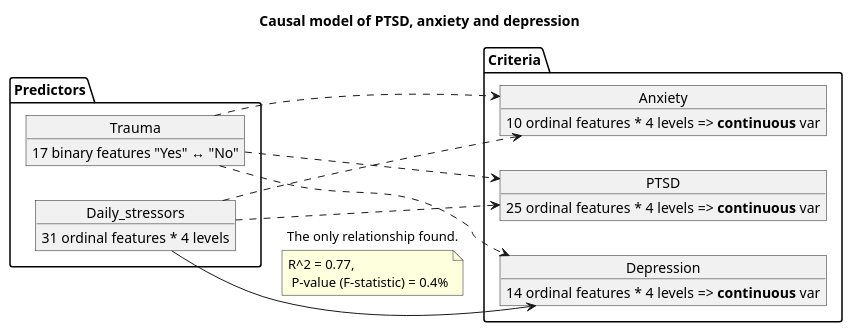
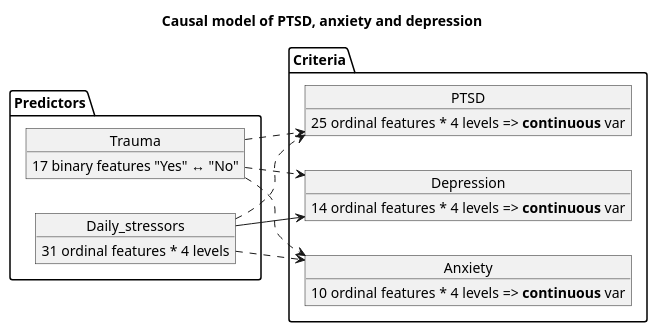
One commit to DimitriBolt/PTSD changed the diagram in Dependencies.puml. Above: the diagram before and after it, drawn with PlantUML. The commit also changed 8 other files, not shown here.

```diff
--- a/Dependencies.puml
+++ b/Dependencies.puml
@@ -1,39 +1,39 @@
 @startuml
 
 title "Causal model of PTSD, anxiety and depression"
 left to right direction
 package "Predictors" {
 
     object Trauma
     Trauma : 17 binary features "Yes" ↔ "No"
 
     object Daily_stressors
     Daily_stressors : 31 ordinal features * 4 levels
 
     }
 
 package "Criteria" {
   object Anxiety
   Anxiety : 10 ordinal features * 4 levels => **continuous** var
   object PTSD
   PTSD : 25 ordinal features * 4 levels => **continuous** var
   object Depression
   Depression : 14 ordinal features * 4 levels => **continuous** var
     }
 
 
 
 
 
 
 Daily_stressors ..> Anxiety
 Trauma ..> Anxiety
 
 Trauma ..> PTSD
 Daily_stressors ..> PTSD
 
 Trauma ..> Depression
-Daily_stressors --> Depression: The only relationship found.
-note bottom on link : R^2 = 0.77,\n P-value (F-statistic) = 0.4%
+ Daily_stressors --> Depression /': The only relationship found.'/
+' note bottom on link : R^2 = 0.77,\n P-value (F-statistic) = 0.4%
 
 @enduml
```
